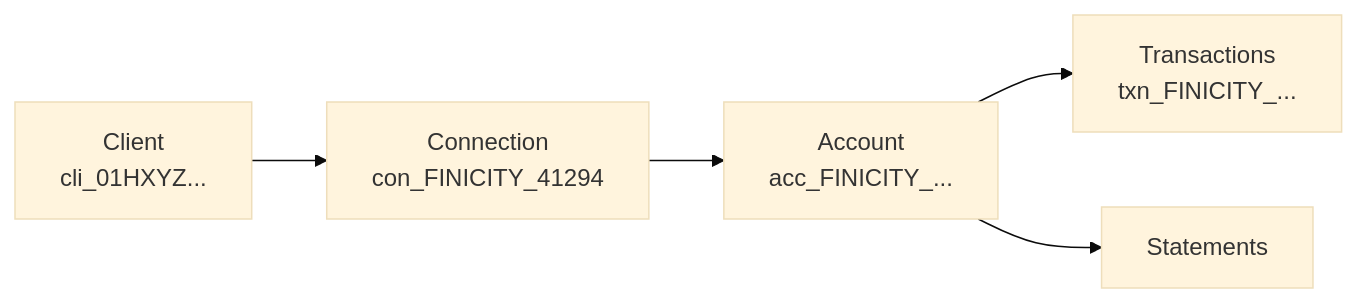
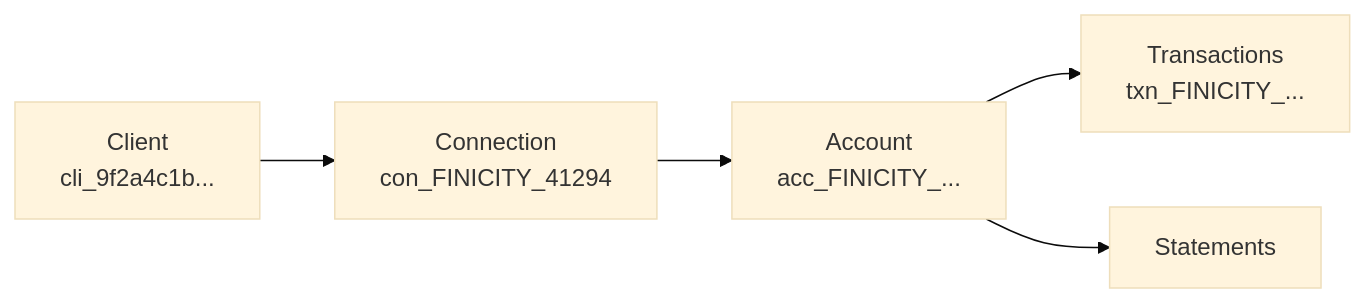
One commit to robson-silva-ledgersync/docs changed the diagram in guides/quickstart.mdx. Above: the diagram before and after it, drawn with Mermaid (base theme). The commit also changed other lines of this file and 8 other files, not shown here.

````diff
--- a/guides/quickstart.mdx
+++ b/guides/quickstart.mdx
@@ -51,7 +55,7 @@
 ```mermaid
 graph LR
-  A[Client<br/>cli_01HXYZ...] --> B[Connection<br/>con_FINICITY_41294]
+  A[Client<br/>cli_9f2a4c1b...] --> B[Connection<br/>con_FINICITY_41294]
   B --> C[Account<br/>acc_FINICITY_...]
   C --> D[Transactions<br/>txn_FINICITY_...]
   C --> E[Statements]
 ```
````
